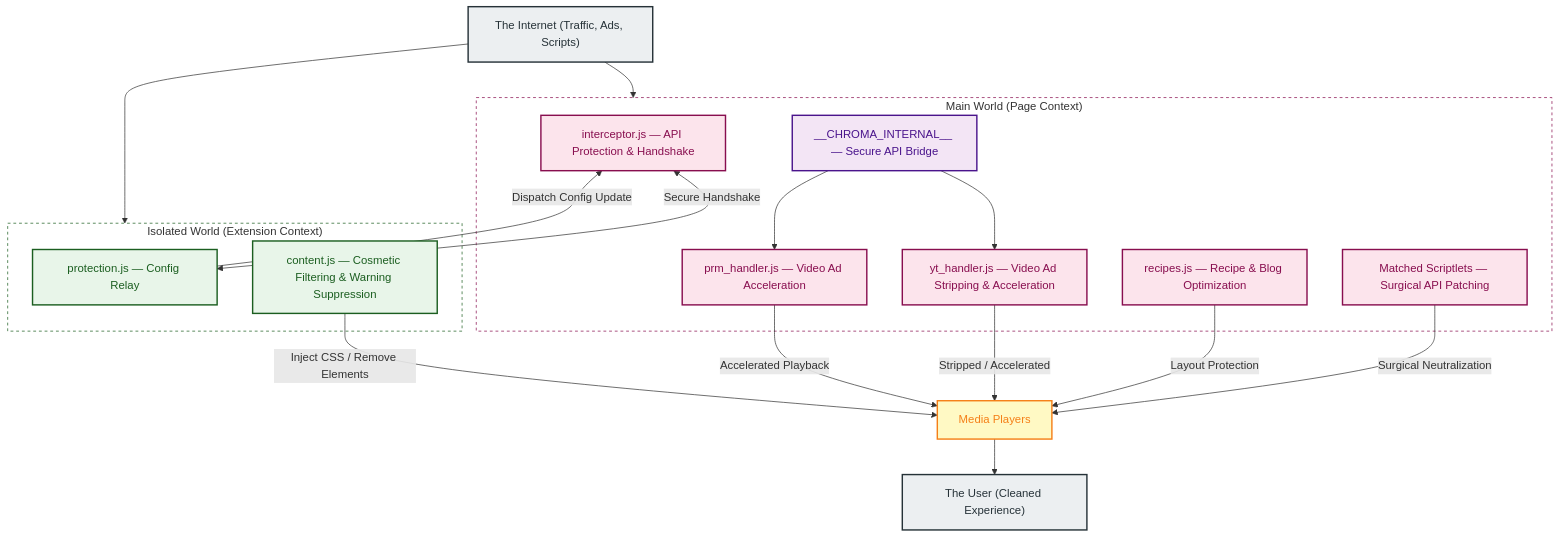
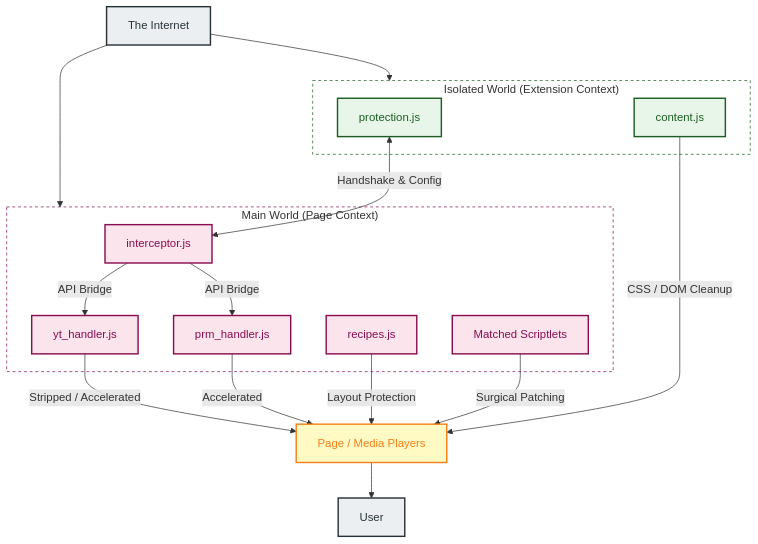
Before and after one commit to Dabrogost/Chroma-Ad-Blocker: the first of 2 diagrams in README.md, drawn with Mermaid. The commit also changed other lines of this file and 13 other files, not shown here.

````diff
--- a/README.md
+++ b/README.md
@@ -29,46 +33,43 @@
 ```mermaid
 graph TD
     classDef main     fill:#fce4ec,color:#880e4f,stroke:#880e4f,stroke-width:2px
-    classDef secure   fill:#f3e5f5,color:#4a148c,stroke:#4a148c,stroke-width:2px
     classDef isolated fill:#e8f5e9,color:#1b5e20,stroke:#1b5e20,stroke-width:2px
     classDef dom      fill:#fff9c4,color:#f57f17,stroke:#f57f17,stroke-width:2px
     classDef actor    fill:#eceff1,color:#263238,stroke:#263238,stroke-width:2px
 
-    INTERNET["The Internet (Traffic, Ads, Scripts)"]:::actor
+    INTERNET["The Internet"]:::actor
 
     subgraph MW["Main World (Page Context)"]
-        INTERCEPT["interceptor.js — API Protection & Handshake"]:::main
-        BRIDGE["__CHROMA_INTERNAL__ — Secure API Bridge"]:::secure
-        YT_H["yt_handler.js — Video Ad Stripping & Acceleration"]:::main
-        PRM_H["prm_handler.js — Video Ad Acceleration"]:::main
-        RECIPES["recipes.js — Recipe & Blog Optimization"]:::main
-        SCRIPTS["Matched Scriptlets — Surgical API Patching"]:::main
+        INTERCEPT["interceptor.js"]:::main
+        YT_H["yt_handler.js"]:::main
+        PRM_H["prm_handler.js"]:::main
+        RECIPES["recipes.js"]:::main
+        SCRIPTS["Matched Scriptlets"]:::main
     end
 
     subgraph IW["Isolated World (Extension Context)"]
-        PROT["protection.js — Config Relay"]:::isolated
-        CONT["content.js — Cosmetic Filtering & Warning Suppression"]:::isolated
+        PROT["protection.js"]:::isolated
+        CONT["content.js"]:::isolated
     end
 
-    PLAYER["Media Players"]:::dom
-    USER["The User (Cleaned Experience)"]:::actor
+    PAGE["Page / Media Players"]:::dom
+    USER["User"]:::actor
 
     INTERNET --> MW
     INTERNET --> IW
 
-    INTERCEPT <-->|"Secure Handshake"| PROT
-    PROT -->|"Dispatch Config Update"| INTERCEPT
+    PROT <-->|"Handshake & Config"| INTERCEPT
+    INTERCEPT -->|"API Bridge"| YT_H
+    INTERCEPT -->|"API Bridge"| PRM_H
 
-    BRIDGE --> YT_H
-    BRIDGE --> PRM_H
-    YT_H -->|"Stripped / Accelerated"| PLAYER
-    PRM_H -->|"Accelerated Playback"| PLAYER
-    RECIPES -->|"Layout Protection"| PLAYER
-    CONT -->|"Inject CSS / Remove Elements"| PLAYER
-    SCRIPTS -->|"Surgical Neutralization"| PLAYER
+    YT_H -->|"Stripped / Accelerated"| PAGE
+    PRM_H -->|"Accelerated"| PAGE
+    RECIPES -->|"Layout Protection"| PAGE
+    CONT -->|"CSS / DOM Cleanup"| PAGE
+    SCRIPTS -->|"Surgical Patching"| PAGE
 
-    PLAYER --> USER
+    PAGE --> USER
 
     style MW fill:none,stroke:#880e4f,stroke-width:1px,stroke-dasharray:4
     style IW fill:none,stroke:#1b5e20,stroke-width:1px,stroke-dasharray:4
 ```
````
